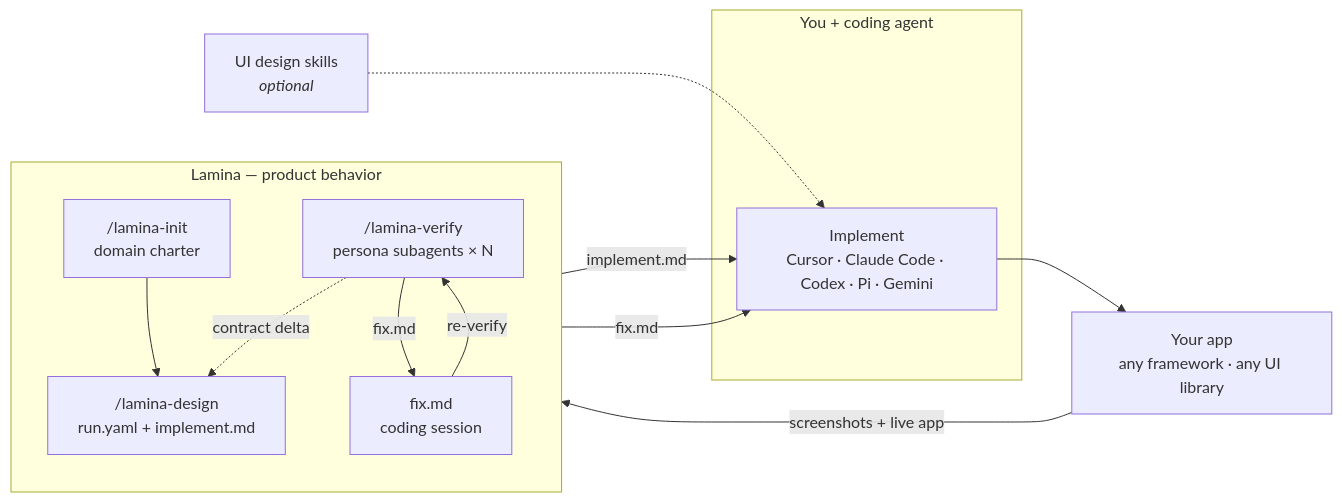
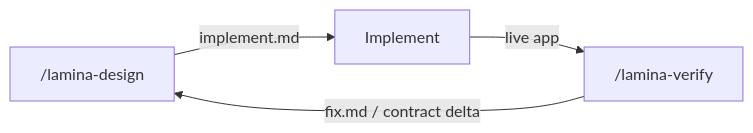
One commit to aryaniyaps/lamina changed the diagram in README.md. Above: the diagram before and after it, drawn with Mermaid.

Commit message:
Simplify the How it works diagram to a three-step design loop.

````diff
--- a/README.md
+++ b/README.md
@@ -43,27 +43,10 @@
 ```mermaid
 flowchart LR
-  subgraph lamina["Lamina — product behavior"]
-    direction TB
-    INIT["/lamina-init<br/>domain charter"]
-    DESIGN["/lamina-design<br/>run.yaml + implement.md"]
-    VERIFY["/lamina-verify<br/>persona subagents × N"]
-    FIX["fix.md<br/>coding session"]
-    INIT --> DESIGN
-    VERIFY -->|"fix.md"| FIX
-    FIX -->|"re-verify"| VERIFY
-    VERIFY -.->|"contract delta"| DESIGN
-  end
-
-  subgraph build["You + coding agent"]
-    IMPL["Implement<br/>Cursor · Claude Code · Codex · Pi · Gemini"]
-  end
-
-  APP["Your app<br/>any framework · any UI library"]
-
-  UI["UI design skills<br/><i>optional</i>"] -.-> IMPL
+  DESIGN["/lamina-design"]
+  IMPL["Implement"]
+  VERIFY["/lamina-verify"]
 
   DESIGN -->|"implement.md"| IMPL
-  IMPL --> APP
-  APP -->|"screenshots + live app"| VERIFY
-  VERIFY -->|"fix.md"| IMPL
+  IMPL -->|"live app"| VERIFY
+  VERIFY -->|"fix.md / contract delta"| DESIGN
 ```
````
